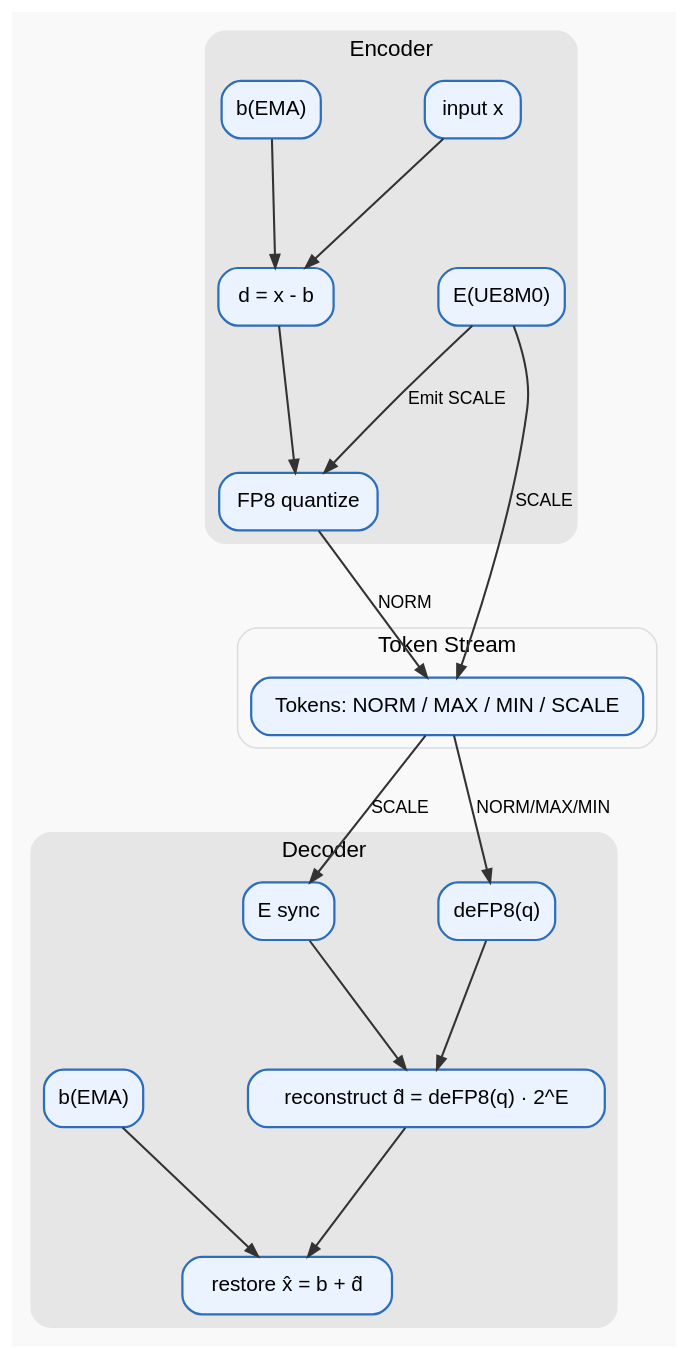
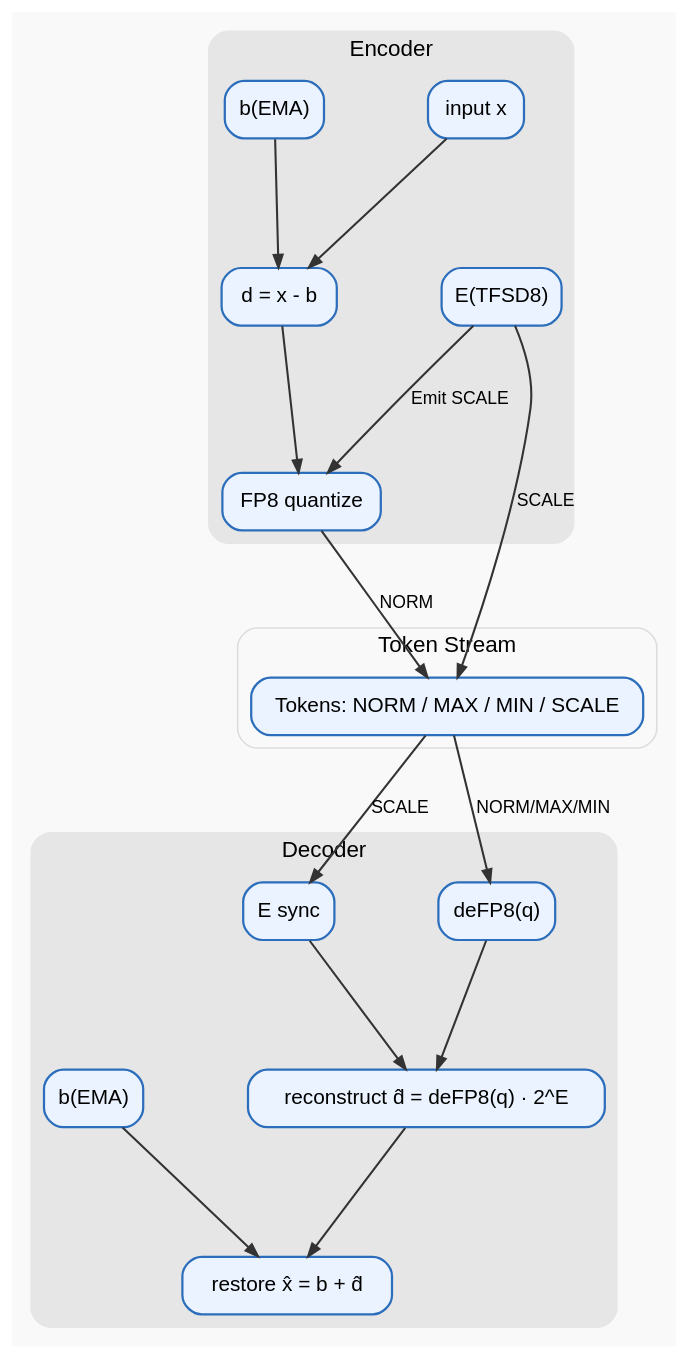
The diagram in docs/diagrams/ue8m0_sync_auto_vertical_en.dot (trustfarm/TFSDxr-Neuron-Quantization), drawn with Graphviz before and after one commit. The commit also changed 16 other files, not shown here.

Commit message:
Change UE8M0 to newcode name TFSD8 in docs and diagrams

```diff
--- a/docs/diagrams/ue8m0_sync_auto_vertical_en.dot
+++ b/docs/diagrams/ue8m0_sync_auto_vertical_en.dot
@@ -1,30 +1,30 @@
-digraph UE8M0_SYNC_AUTO_VERTICAL {
+digraph TFSD8_SYNC_AUTO_VERTICAL {
   graph  [rankdir=TB, bgcolor="#F9F9F9", nodesep=0.9, ranksep=1.1, fontname="Helvetica", overlap=false];
   node   [shape=box, style="rounded,filled", fillcolor="#EAF3FF", color="#2C6EBB",
           penwidth=1.4, fontname="Helvetica", fontsize=13, margin="0.10,0.06"];
   edge   [color="#333333", arrowsize=0.8, penwidth=1.3, fontname="Helvetica", fontsize=11];
 
   subgraph cluster_enc {
     label="Encoder"; style="filled,rounded"; color="#E6E6E6"; fontcolor="#444";
     e_in [label="input x"];
     e_b  [label="b(EMA)"];
     e_d  [label="d = x - b"];
     e_q  [label="FP8 quantize"];
-    e_E  [label="E(UE8M0)"];
+    e_E  [label="E(TFSD8)"];
   }
   subgraph cluster_tok {
     label="Token Stream"; style="rounded"; color="#DDDDDD"; fontcolor="#444";
     tok [label="Tokens: NORM / MAX / MIN / SCALE"];
   }
   subgraph cluster_dec {
     label="Decoder"; style="filled,rounded"; color="#E6E6E6"; fontcolor="#444";
     d_E [label="E sync"]; d_q [label="deFP8(q)"];
     d_rec [label="reconstruct d̂ = deFP8(q) · 2^E"]; d_b [label="b(EMA)"];
     d_out [label="restore x̂ = b + d̂"];
   }
 
   e_in -> e_d; e_b -> e_d; e_d -> e_q; e_E -> e_q [label="Emit SCALE"];
   e_q -> tok [label="NORM"]; e_E -> tok [label="SCALE"];
   tok -> d_q [label="NORM/MAX/MIN"]; tok -> d_E [label="SCALE"];
   d_q -> d_rec; d_E -> d_rec; d_b -> d_out; d_rec -> d_out;
 }
```
